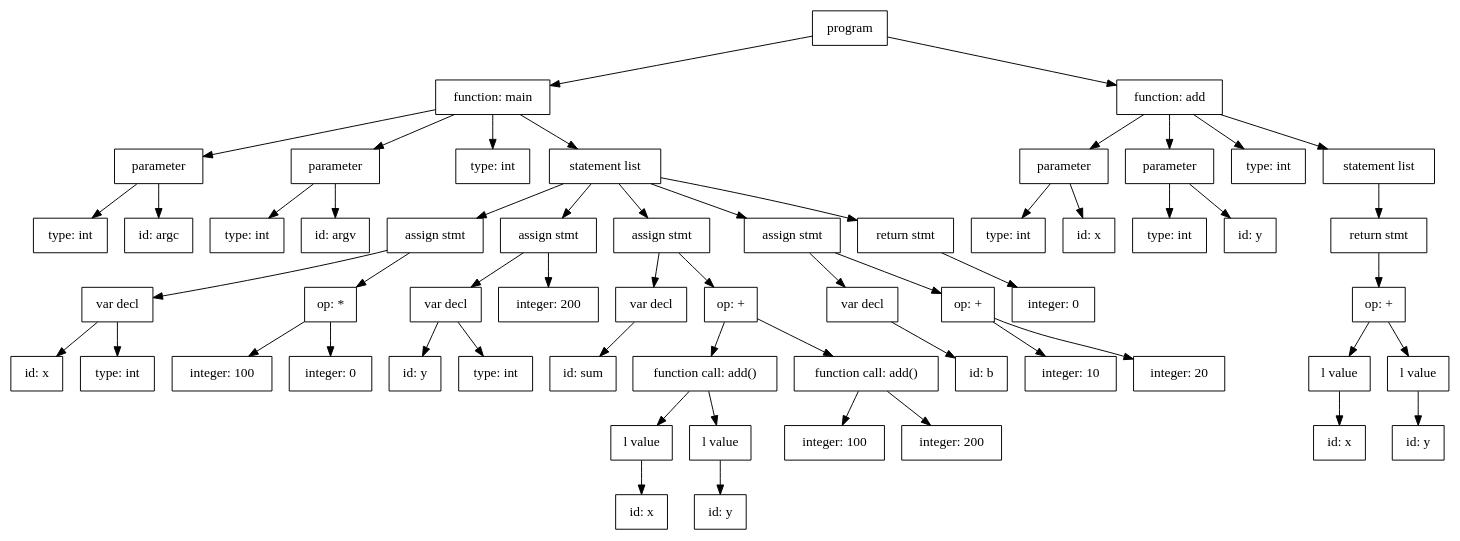
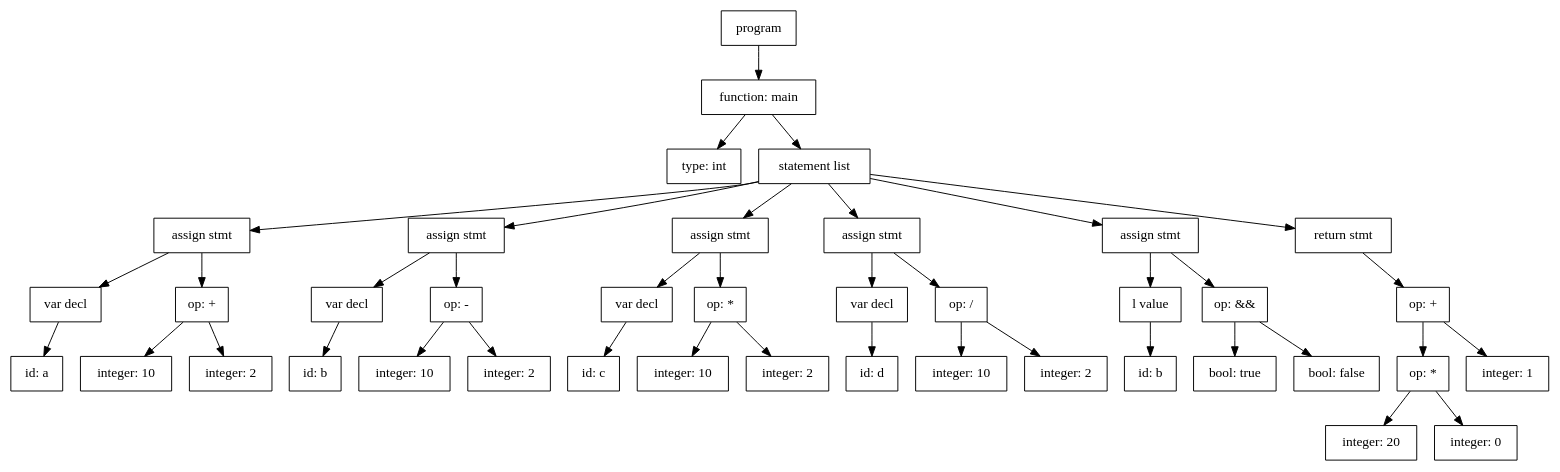
One commit to abhicv/bee_lang changed the diagram in ast.dot. Above: the diagram before and after it, drawn with Graphviz. The commit also changed 11 other files, not shown here.

```diff
--- a/ast.dot
+++ b/ast.dot
@@ -1,115 +1,81 @@
 digraph AST {
 	NODE_TYPE_ANNOTATION_0 [shape=rectangle, label="type: int"]
-	NODE_IDENTIFIER_1 [shape=rectangle, label="id: argc"]
-	NODE_PARAM_2 [shape=rectangle, label="parameter"]
-	NODE_TYPE_ANNOTATION_3 [shape=rectangle, label="type: int"]
-	NODE_IDENTIFIER_4 [shape=rectangle, label="id: argv"]
-	NODE_PARAM_5 [shape=rectangle, label="parameter"]
-	NODE_TYPE_ANNOTATION_6 [shape=rectangle, label="type: int"]
-	NODE_IDENTIFIER_7 [shape=rectangle, label="id: x"]
-	NODE_TYPE_ANNOTATION_8 [shape=rectangle, label="type: int"]
-	NODE_VARIABLE_DECLARATION_9 [shape=rectangle, label="var decl"]
-	NODE_INTEGER_CONSTANT_10 [shape=rectangle, label="integer: 100"]
-	NODE_INTEGER_CONSTANT_11 [shape=rectangle, label="integer: 0"]
-	NODE_OPERATOR_12 [shape=rectangle, label="op: *"]
-	NODE_ASSIGN_STATEMENT_13 [shape=rectangle, label="assign stmt"]
-	NODE_IDENTIFIER_14 [shape=rectangle, label="id: y"]
-	NODE_TYPE_ANNOTATION_15 [shape=rectangle, label="type: int"]
-	NODE_VARIABLE_DECLARATION_16 [shape=rectangle, label="var decl"]
-	NODE_INTEGER_CONSTANT_17 [shape=rectangle, label="integer: 200"]
+	NODE_IDENTIFIER_1 [shape=rectangle, label="id: a"]
+	NODE_VARIABLE_DECLARATION_2 [shape=rectangle, label="var decl"]
+	NODE_INTEGER_CONSTANT_3 [shape=rectangle, label="integer: 10"]
+	NODE_INTEGER_CONSTANT_4 [shape=rectangle, label="integer: 2"]
+	NODE_OPERATOR_5 [shape=rectangle, label="op: +"]
+	NODE_ASSIGN_STATEMENT_6 [shape=rectangle, label="assign stmt"]
+	NODE_IDENTIFIER_7 [shape=rectangle, label="id: b"]
+	NODE_VARIABLE_DECLARATION_8 [shape=rectangle, label="var decl"]
+	NODE_INTEGER_CONSTANT_9 [shape=rectangle, label="integer: 10"]
+	NODE_INTEGER_CONSTANT_10 [shape=rectangle, label="integer: 2"]
+	NODE_OPERATOR_11 [shape=rectangle, label="op: -"]
+	NODE_ASSIGN_STATEMENT_12 [shape=rectangle, label="assign stmt"]
+	NODE_IDENTIFIER_13 [shape=rectangle, label="id: c"]
+	NODE_VARIABLE_DECLARATION_14 [shape=rectangle, label="var decl"]
+	NODE_INTEGER_CONSTANT_15 [shape=rectangle, label="integer: 10"]
+	NODE_INTEGER_CONSTANT_16 [shape=rectangle, label="integer: 2"]
+	NODE_OPERATOR_17 [shape=rectangle, label="op: *"]
 	NODE_ASSIGN_STATEMENT_18 [shape=rectangle, label="assign stmt"]
-	NODE_IDENTIFIER_19 [shape=rectangle, label="id: sum"]
+	NODE_IDENTIFIER_19 [shape=rectangle, label="id: d"]
 	NODE_VARIABLE_DECLARATION_20 [shape=rectangle, label="var decl"]
-	NODE_IDENTIFIER_21 [shape=rectangle, label="id: x"]
-	NODE_L_VALUE_22 [shape=rectangle, label="l value"]
-	NODE_IDENTIFIER_23 [shape=rectangle, label="id: y"]
-	NODE_L_VALUE_24 [shape=rectangle, label="l value"]
-	NODE_FUNCTION_CALL_25 [shape=rectangle, label="function call: add()"]
-	NODE_INTEGER_CONSTANT_26 [shape=rectangle, label="integer: 100"]
-	NODE_INTEGER_CONSTANT_27 [shape=rectangle, label="integer: 200"]
-	NODE_FUNCTION_CALL_28 [shape=rectangle, label="function call: add()"]
-	NODE_OPERATOR_29 [shape=rectangle, label="op: +"]
+	NODE_INTEGER_CONSTANT_21 [shape=rectangle, label="integer: 10"]
+	NODE_INTEGER_CONSTANT_22 [shape=rectangle, label="integer: 2"]
+	NODE_OPERATOR_23 [shape=rectangle, label="op: /"]
+	NODE_ASSIGN_STATEMENT_24 [shape=rectangle, label="assign stmt"]
+	NODE_IDENTIFIER_25 [shape=rectangle, label="id: b"]
+	NODE_L_VALUE_26 [shape=rectangle, label="l value"]
+	NODE_BOOLEAN_CONSTANT_27 [shape=rectangle, label="bool: true"]
+	NODE_BOOLEAN_CONSTANT_28 [shape=rectangle, label="bool: false"]
+	NODE_OPERATOR_29 [shape=rectangle, label="op: &&"]
 	NODE_ASSIGN_STATEMENT_30 [shape=rectangle, label="assign stmt"]
-	NODE_IDENTIFIER_31 [shape=rectangle, label="id: b"]
-	NODE_VARIABLE_DECLARATION_32 [shape=rectangle, label="var decl"]
-	NODE_INTEGER_CONSTANT_33 [shape=rectangle, label="integer: 10"]
-	NODE_INTEGER_CONSTANT_34 [shape=rectangle, label="integer: 20"]
+	NODE_INTEGER_CONSTANT_31 [shape=rectangle, label="integer: 20"]
+	NODE_INTEGER_CONSTANT_32 [shape=rectangle, label="integer: 0"]
+	NODE_OPERATOR_33 [shape=rectangle, label="op: *"]
+	NODE_INTEGER_CONSTANT_34 [shape=rectangle, label="integer: 1"]
 	NODE_OPERATOR_35 [shape=rectangle, label="op: +"]
-	NODE_ASSIGN_STATEMENT_36 [shape=rectangle, label="assign stmt"]
-	NODE_INTEGER_CONSTANT_37 [shape=rectangle, label="integer: 0"]
-	NODE_RETURN_STATEMENT_38 [shape=rectangle, label="return stmt"]
-	NODE_STATEMENT_LIST_39 [shape=rectangle, label="statement list"]
-	NODE_FUNCTION_DEFINITION_40 [shape=rectangle, label="function: main"]
-	NODE_TYPE_ANNOTATION_41 [shape=rectangle, label="type: int"]
-	NODE_IDENTIFIER_42 [shape=rectangle, label="id: x"]
-	NODE_PARAM_43 [shape=rectangle, label="parameter"]
-	NODE_TYPE_ANNOTATION_44 [shape=rectangle, label="type: int"]
-	NODE_IDENTIFIER_45 [shape=rectangle, label="id: y"]
-	NODE_PARAM_46 [shape=rectangle, label="parameter"]
-	NODE_TYPE_ANNOTATION_47 [shape=rectangle, label="type: int"]
-	NODE_IDENTIFIER_48 [shape=rectangle, label="id: x"]
-	NODE_L_VALUE_49 [shape=rectangle, label="l value"]
-	NODE_IDENTIFIER_50 [shape=rectangle, label="id: y"]
-	NODE_L_VALUE_51 [shape=rectangle, label="l value"]
-	NODE_OPERATOR_52 [shape=rectangle, label="op: +"]
-	NODE_RETURN_STATEMENT_53 [shape=rectangle, label="return stmt"]
-	NODE_STATEMENT_LIST_54 [shape=rectangle, label="statement list"]
-	NODE_FUNCTION_DEFINITION_55 [shape=rectangle, label="function: add"]
-	NODE_PROGRAM_56 [shape=rectangle, label="program"]
-	NODE_PROGRAM_56 -> NODE_FUNCTION_DEFINITION_40
-	NODE_FUNCTION_DEFINITION_40 -> NODE_PARAM_2
-	NODE_PARAM_2 -> NODE_IDENTIFIER_1
-	NODE_PARAM_2 -> NODE_TYPE_ANNOTATION_0
-	NODE_FUNCTION_DEFINITION_40 -> NODE_PARAM_5
-	NODE_PARAM_5 -> NODE_IDENTIFIER_4
-	NODE_PARAM_5 -> NODE_TYPE_ANNOTATION_3
-	NODE_FUNCTION_DEFINITION_40 -> NODE_TYPE_ANNOTATION_6
-	NODE_FUNCTION_DEFINITION_40 -> NODE_STATEMENT_LIST_39
-	NODE_STATEMENT_LIST_39 -> NODE_ASSIGN_STATEMENT_13
-	NODE_ASSIGN_STATEMENT_13 -> NODE_VARIABLE_DECLARATION_9
-	NODE_VARIABLE_DECLARATION_9 -> NODE_IDENTIFIER_7
-	NODE_VARIABLE_DECLARATION_9 -> NODE_TYPE_ANNOTATION_8
-	NODE_ASSIGN_STATEMENT_13 -> NODE_OPERATOR_12
-	NODE_OPERATOR_12 -> NODE_INTEGER_CONSTANT_10
-	NODE_OPERATOR_12 -> NODE_INTEGER_CONSTANT_11
-	NODE_STATEMENT_LIST_39 -> NODE_ASSIGN_STATEMENT_18
-	NODE_ASSIGN_STATEMENT_18 -> NODE_VARIABLE_DECLARATION_16
-	NODE_VARIABLE_DECLARATION_16 -> NODE_IDENTIFIER_14
-	NODE_VARIABLE_DECLARATION_16 -> NODE_TYPE_ANNOTATION_15
-	NODE_ASSIGN_STATEMENT_18 -> NODE_INTEGER_CONSTANT_17
-	NODE_STATEMENT_LIST_39 -> NODE_ASSIGN_STATEMENT_30
-	NODE_ASSIGN_STATEMENT_30 -> NODE_VARIABLE_DECLARATION_20
+	NODE_RETURN_STATEMENT_36 [shape=rectangle, label="return stmt"]
+	NODE_STATEMENT_LIST_37 [shape=rectangle, label="statement list"]
+	NODE_FUNCTION_DEFINITION_38 [shape=rectangle, label="function: main"]
+	NODE_PROGRAM_39 [shape=rectangle, label="program"]
+	NODE_PROGRAM_39 -> NODE_FUNCTION_DEFINITION_38
+	NODE_FUNCTION_DEFINITION_38 -> NODE_TYPE_ANNOTATION_0
+	NODE_FUNCTION_DEFINITION_38 -> NODE_STATEMENT_LIST_37
+	NODE_STATEMENT_LIST_37 -> NODE_ASSIGN_STATEMENT_6
+	NODE_ASSIGN_STATEMENT_6 -> NODE_VARIABLE_DECLARATION_2
+	NODE_VARIABLE_DECLARATION_2 -> NODE_IDENTIFIER_1
+	NODE_ASSIGN_STATEMENT_6 -> NODE_OPERATOR_5
+	NODE_OPERATOR_5 -> NODE_INTEGER_CONSTANT_3
+	NODE_OPERATOR_5 -> NODE_INTEGER_CONSTANT_4
+	NODE_STATEMENT_LIST_37 -> NODE_ASSIGN_STATEMENT_12
+	NODE_ASSIGN_STATEMENT_12 -> NODE_VARIABLE_DECLARATION_8
+	NODE_VARIABLE_DECLARATION_8 -> NODE_IDENTIFIER_7
+	NODE_ASSIGN_STATEMENT_12 -> NODE_OPERATOR_11
+	NODE_OPERATOR_11 -> NODE_INTEGER_CONSTANT_9
+	NODE_OPERATOR_11 -> NODE_INTEGER_CONSTANT_10
+	NODE_STATEMENT_LIST_37 -> NODE_ASSIGN_STATEMENT_18
+	NODE_ASSIGN_STATEMENT_18 -> NODE_VARIABLE_DECLARATION_14
+	NODE_VARIABLE_DECLARATION_14 -> NODE_IDENTIFIER_13
+	NODE_ASSIGN_STATEMENT_18 -> NODE_OPERATOR_17
+	NODE_OPERATOR_17 -> NODE_INTEGER_CONSTANT_15
+	NODE_OPERATOR_17 -> NODE_INTEGER_CONSTANT_16
+	NODE_STATEMENT_LIST_37 -> NODE_ASSIGN_STATEMENT_24
+	NODE_ASSIGN_STATEMENT_24 -> NODE_VARIABLE_DECLARATION_20
 	NODE_VARIABLE_DECLARATION_20 -> NODE_IDENTIFIER_19
+	NODE_ASSIGN_STATEMENT_24 -> NODE_OPERATOR_23
+	NODE_OPERATOR_23 -> NODE_INTEGER_CONSTANT_21
+	NODE_OPERATOR_23 -> NODE_INTEGER_CONSTANT_22
+	NODE_STATEMENT_LIST_37 -> NODE_ASSIGN_STATEMENT_30
+	NODE_ASSIGN_STATEMENT_30 -> NODE_L_VALUE_26
+	NODE_L_VALUE_26 -> NODE_IDENTIFIER_25
 	NODE_ASSIGN_STATEMENT_30 -> NODE_OPERATOR_29
-	NODE_OPERATOR_29 -> NODE_FUNCTION_CALL_25
-	NODE_FUNCTION_CALL_25 -> NODE_L_VALUE_22
-	NODE_L_VALUE_22 -> NODE_IDENTIFIER_21
-	NODE_FUNCTION_CALL_25 -> NODE_L_VALUE_24
-	NODE_L_VALUE_24 -> NODE_IDENTIFIER_23
-	NODE_OPERATOR_29 -> NODE_FUNCTION_CALL_28
-	NODE_FUNCTION_CALL_28 -> NODE_INTEGER_CONSTANT_26
-	NODE_FUNCTION_CALL_28 -> NODE_INTEGER_CONSTANT_27
-	NODE_STATEMENT_LIST_39 -> NODE_ASSIGN_STATEMENT_36
-	NODE_ASSIGN_STATEMENT_36 -> NODE_VARIABLE_DECLARATION_32
-	NODE_VARIABLE_DECLARATION_32 -> NODE_IDENTIFIER_31
-	NODE_ASSIGN_STATEMENT_36 -> NODE_OPERATOR_35
-	NODE_OPERATOR_35 -> NODE_INTEGER_CONSTANT_33
+	NODE_OPERATOR_29 -> NODE_BOOLEAN_CONSTANT_27
+	NODE_OPERATOR_29 -> NODE_BOOLEAN_CONSTANT_28
+	NODE_STATEMENT_LIST_37 -> NODE_RETURN_STATEMENT_36
+	NODE_RETURN_STATEMENT_36 -> NODE_OPERATOR_35
+	NODE_OPERATOR_35 -> NODE_OPERATOR_33
+	NODE_OPERATOR_33 -> NODE_INTEGER_CONSTANT_31
+	NODE_OPERATOR_33 -> NODE_INTEGER_CONSTANT_32
 	NODE_OPERATOR_35 -> NODE_INTEGER_CONSTANT_34
-	NODE_STATEMENT_LIST_39 -> NODE_RETURN_STATEMENT_38
-	NODE_RETURN_STATEMENT_38 -> NODE_INTEGER_CONSTANT_37
-	NODE_PROGRAM_56 -> NODE_FUNCTION_DEFINITION_55
-	NODE_FUNCTION_DEFINITION_55 -> NODE_PARAM_43
-	NODE_PARAM_43 -> NODE_IDENTIFIER_42
-	NODE_PARAM_43 -> NODE_TYPE_ANNOTATION_41
-	NODE_FUNCTION_DEFINITION_55 -> NODE_PARAM_46
-	NODE_PARAM_46 -> NODE_IDENTIFIER_45
-	NODE_PARAM_46 -> NODE_TYPE_ANNOTATION_44
-	NODE_FUNCTION_DEFINITION_55 -> NODE_TYPE_ANNOTATION_47
-	NODE_FUNCTION_DEFINITION_55 -> NODE_STATEMENT_LIST_54
-	NODE_STATEMENT_LIST_54 -> NODE_RETURN_STATEMENT_53
-	NODE_RETURN_STATEMENT_53 -> NODE_OPERATOR_52
-	NODE_OPERATOR_52 -> NODE_L_VALUE_49
-	NODE_L_VALUE_49 -> NODE_IDENTIFIER_48
-	NODE_OPERATOR_52 -> NODE_L_VALUE_51
-	NODE_L_VALUE_51 -> NODE_IDENTIFIER_50
 }
```
